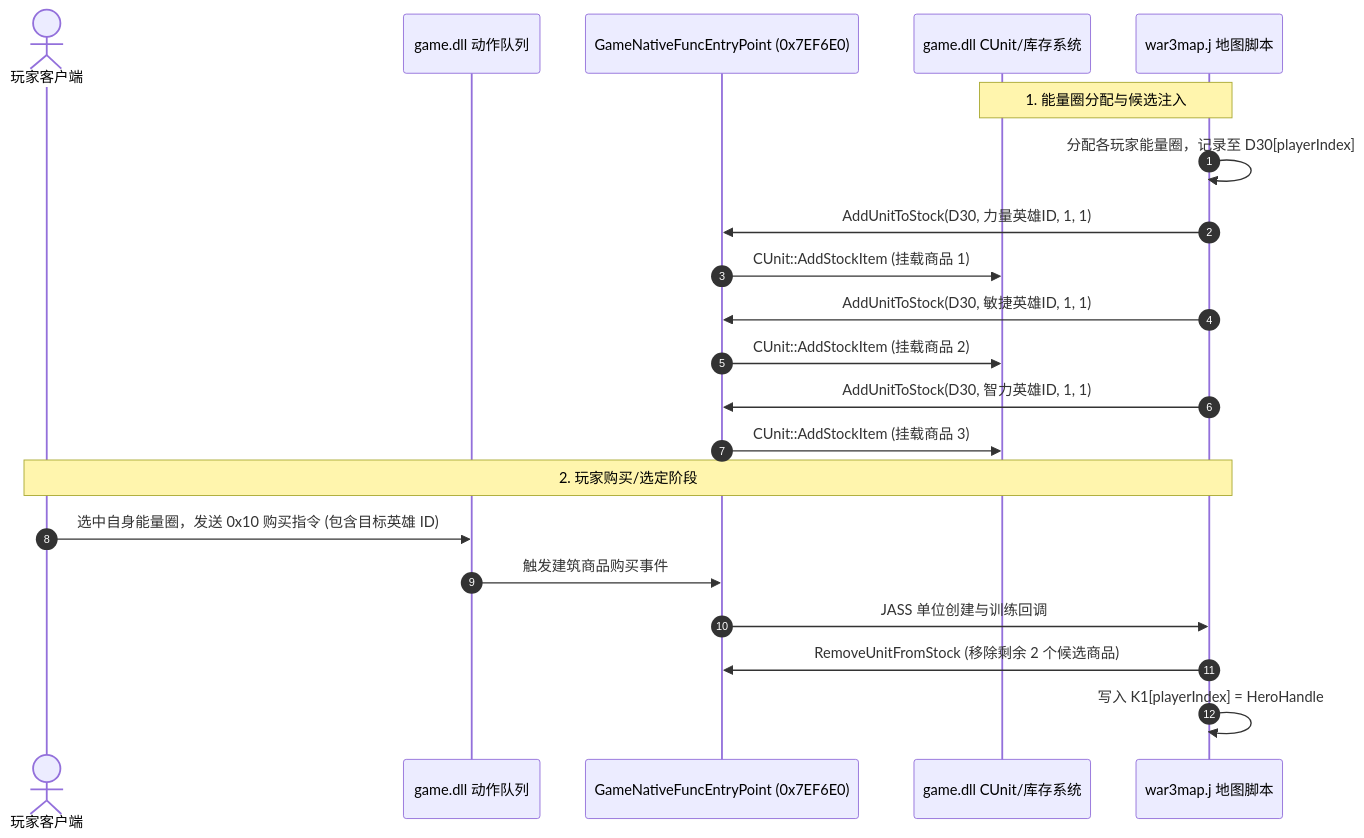
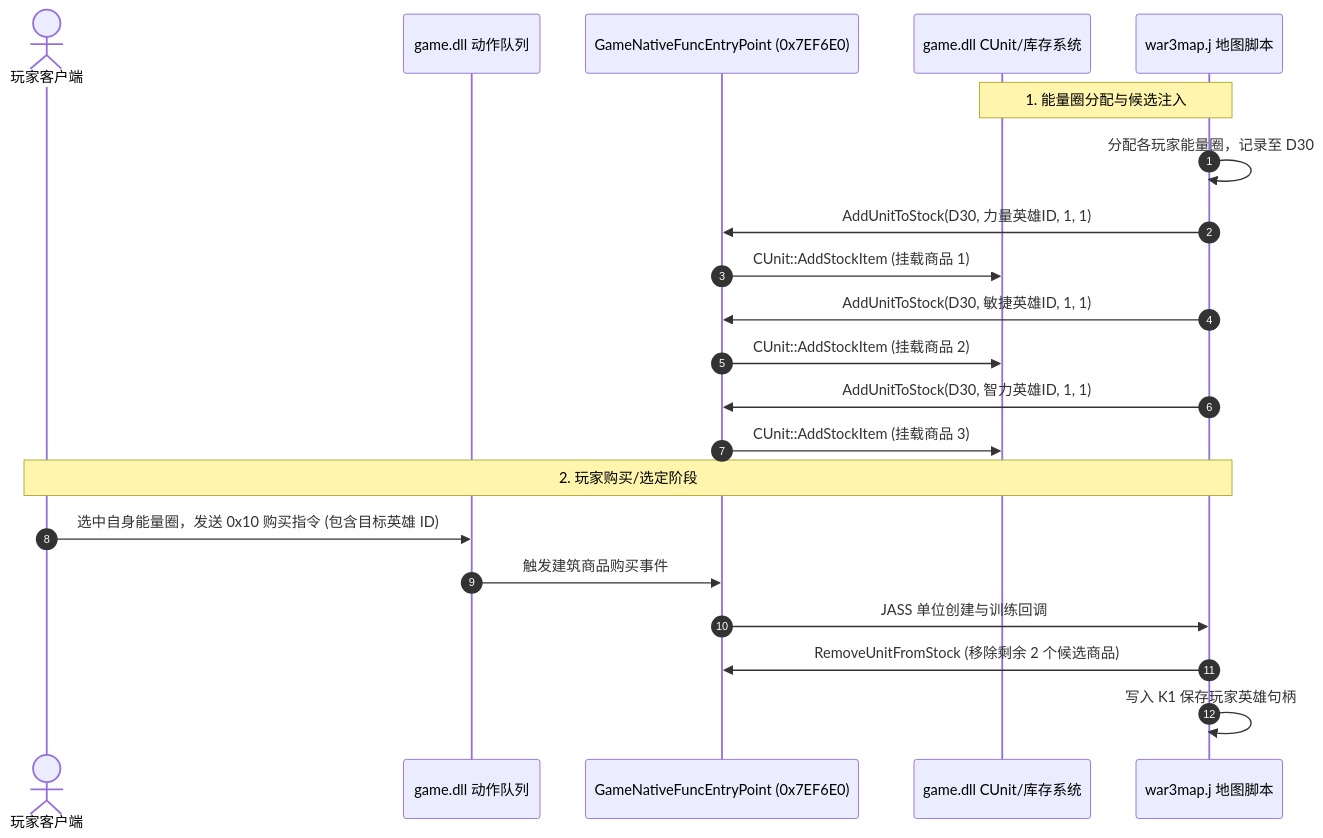
One commit to wuxiancong/War3Analysis changed the third of 4 diagrams in analyses/dota-rd-and-sd-mode-mindmap.md. Above: the diagram before and after it, drawn with Mermaid. The commit also changed other lines of this file and 1 other file, not shown here.

````diff
--- a/analyses/dota-rd-and-sd-mode-mindmap.md
+++ b/analyses/dota-rd-and-sd-mode-mindmap.md
@@ -87,25 +87,25 @@
 ```mermaid
 sequenceDiagram
     autonumber
     actor Player as 玩家客户端
     participant ActionQueue as game.dll 动作队列
     participant NativeGateway as GameNativeFuncEntryPoint (0x7EF6E0)
     participant EngineUnit as game.dll CUnit/库存系统
     participant JassScript as war3map.j 地图脚本
 
     Note over JassScript, EngineUnit: 1. 能量圈分配与候选注入
-    JassScript->>JassScript: 分配各玩家能量圈，记录至 D30[playerIndex]
+    JassScript->>JassScript: 分配各玩家能量圈，记录至 D30
     JassScript->>NativeGateway: AddUnitToStock(D30, 力量英雄ID, 1, 1)
     NativeGateway->>EngineUnit: CUnit::AddStockItem (挂载商品 1)
     JassScript->>NativeGateway: AddUnitToStock(D30, 敏捷英雄ID, 1, 1)
     NativeGateway->>EngineUnit: CUnit::AddStockItem (挂载商品 2)
     JassScript->>NativeGateway: AddUnitToStock(D30, 智力英雄ID, 1, 1)
     NativeGateway->>EngineUnit: CUnit::AddStockItem (挂载商品 3)
 
     Note over Player, JassScript: 2. 玩家购买/选定阶段
     Player->>ActionQueue: 选中自身能量圈，发送 0x10 购买指令 (包含目标英雄 ID)
     ActionQueue->>NativeGateway: 触发建筑商品购买事件
     NativeGateway->>JassScript: JASS 单位创建与训练回调
     JassScript->>NativeGateway: RemoveUnitFromStock (移除剩余 2 个候选商品)
-    JassScript->>JassScript: 写入 K1[playerIndex] = HeroHandle
+    JassScript->>JassScript: 写入 K1 保存玩家英雄句柄
 ```
````
